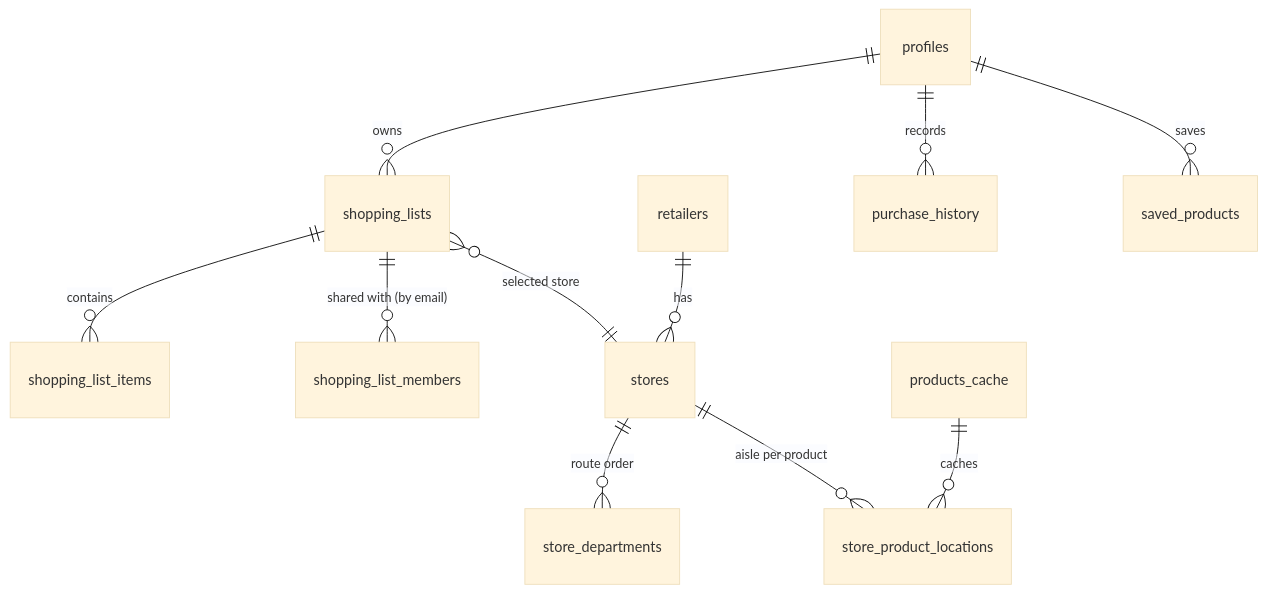
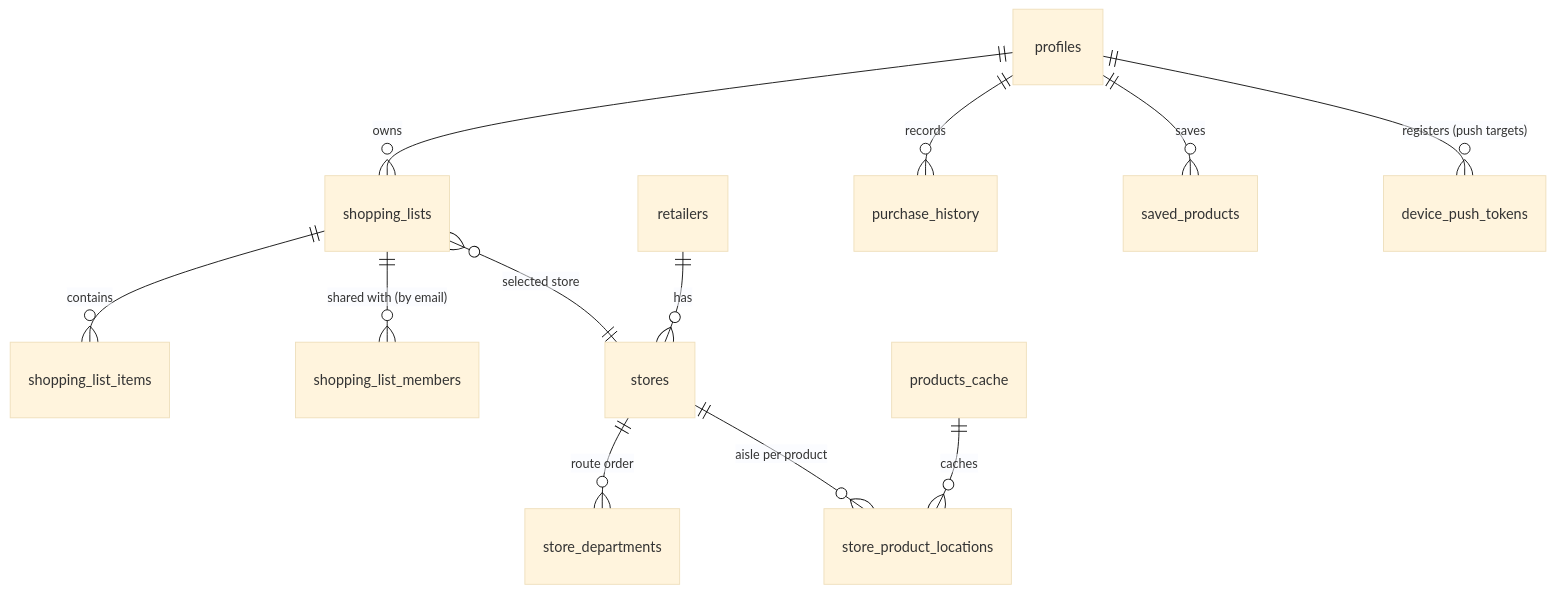
Before and after one commit to DarrellJBullock/aislepilot: the sixth of 6 diagrams in docs/architecture.md, drawn with Mermaid (base theme). The commit also changed other lines of this file and 3 other files, not shown here.

Commit message:
Add the missing device_push_tokens migration that the notify endpoint reads

````diff
--- a/docs/architecture.md
+++ b/docs/architecture.md
@@ -165,13 +165,14 @@
 ```mermaid
 erDiagram
   profiles ||--o{ shopping_lists : owns
   shopping_lists ||--o{ shopping_list_items : contains
   shopping_lists ||--o{ shopping_list_members : "shared with (by email)"
   retailers ||--o{ stores : has
   stores ||--o{ store_departments : "route order"
   stores ||--o{ store_product_locations : "aisle per product"
   shopping_lists }o--|| stores : "selected store"
   profiles ||--o{ purchase_history : records
   profiles ||--o{ saved_products : saves
+  profiles ||--o{ device_push_tokens : "registers (push targets)"
   products_cache ||--o{ store_product_locations : caches
 ```
````
